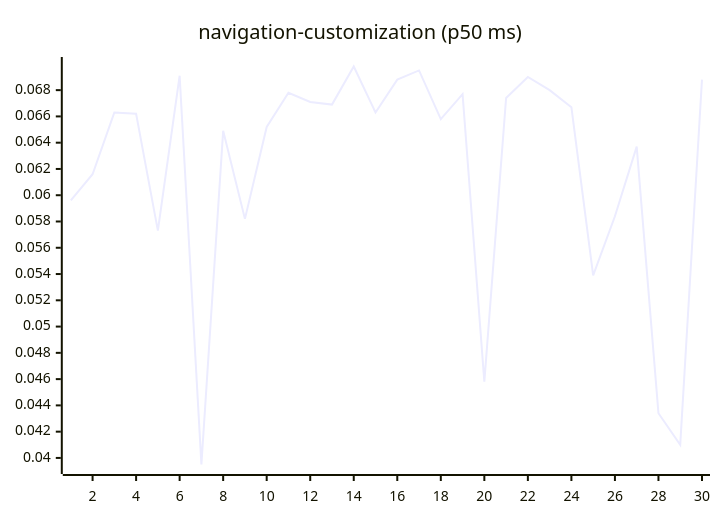
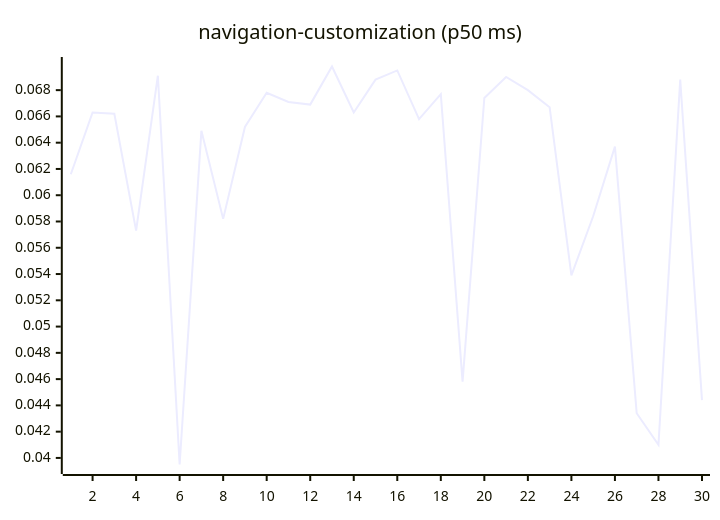
Before and after one commit to josha/Facet: diagram 15 of 27 in README.md, drawn with Mermaid. The commit also changed other lines of this file and 2 other files, not shown here.

````diff
--- a/README.md
+++ b/README.md
@@ -161,6 +161,6 @@
 ```mermaid
 xychart-beta
     title "navigation-customization (p50 ms)"
     x-axis 1 --> 30
-    line [0.0596, 0.0616, 0.0663, 0.0662, 0.0573, 0.0691, 0.0395, 0.0649, 0.0582, 0.0652, 0.0678, 0.0671, 0.0669, 0.0698, 0.0663, 0.0688, 0.0695, 0.0658, 0.0677, 0.0458, 0.0674, 0.0690, 0.0680, 0.0667, 0.0539, 0.0584, 0.0637, 0.0434, 0.0410, 0.0688]
+    line [0.0616, 0.0663, 0.0662, 0.0573, 0.0691, 0.0395, 0.0649, 0.0582, 0.0652, 0.0678, 0.0671, 0.0669, 0.0698, 0.0663, 0.0688, 0.0695, 0.0658, 0.0677, 0.0458, 0.0674, 0.0690, 0.0680, 0.0667, 0.0539, 0.0584, 0.0637, 0.0434, 0.0410, 0.0688, 0.0444]
 ```
````
